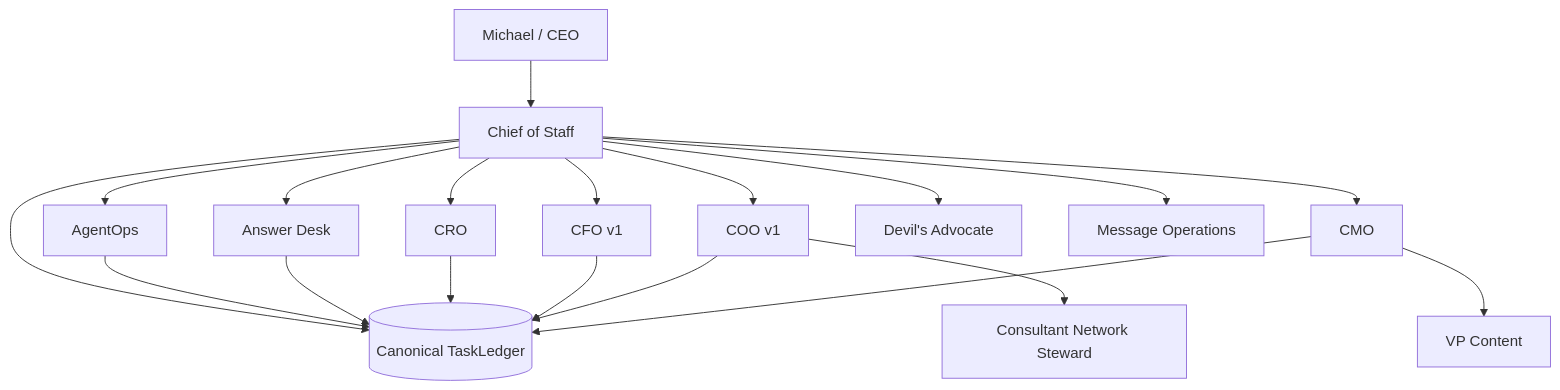
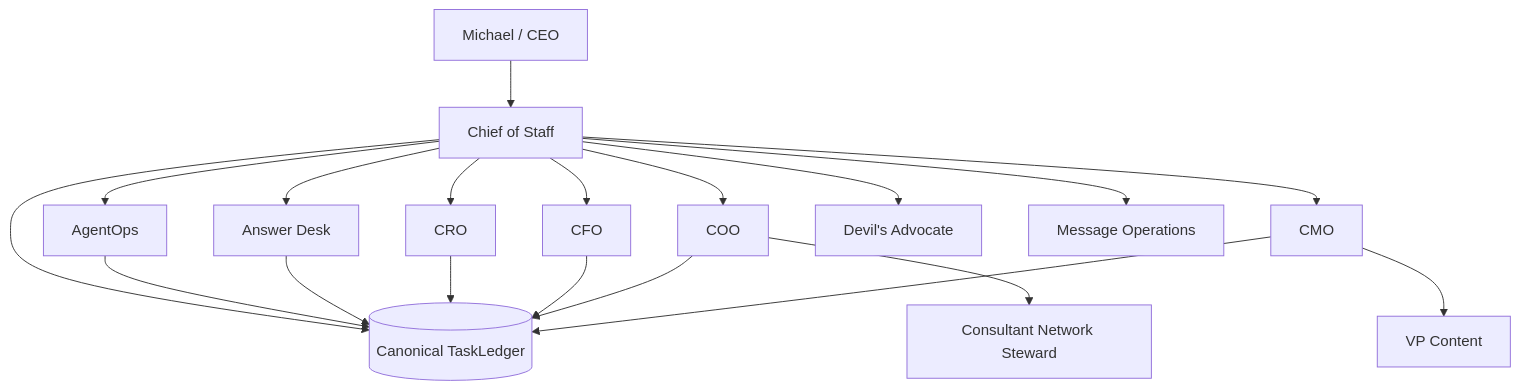
One commit to mkleinbe/mesh-ai-agent-cos-universe changed the first of 3 diagrams in docs/phase-1-operating-contract.md. Above: the diagram before and after it, drawn with Mermaid. The commit also changed other lines of this file, not shown here.

````diff
--- a/docs/phase-1-operating-contract.md
+++ b/docs/phase-1-operating-contract.md
@@ -28,21 +29,21 @@
 ```mermaid
 flowchart TB
     M[Michael / CEO] --> C[Chief of Staff]
     C --> A[AgentOps]
     C --> D[Answer Desk]
     C --> R[CRO]
-    C --> F[CFO v1]
-    C --> O[COO v1]
+    C --> F[CFO]
+    C --> O[COO]
     O --> N[Consultant Network Steward]
     C --> K[CMO]
     K --> V[VP Content]
     C --> X[Devil's Advocate]
     C --> Q[Message Operations]
     C --> L[(Canonical TaskLedger)]
     A --> L
     D --> L
     R --> L
     F --> L
     O --> L
     K --> L
 ```
````
